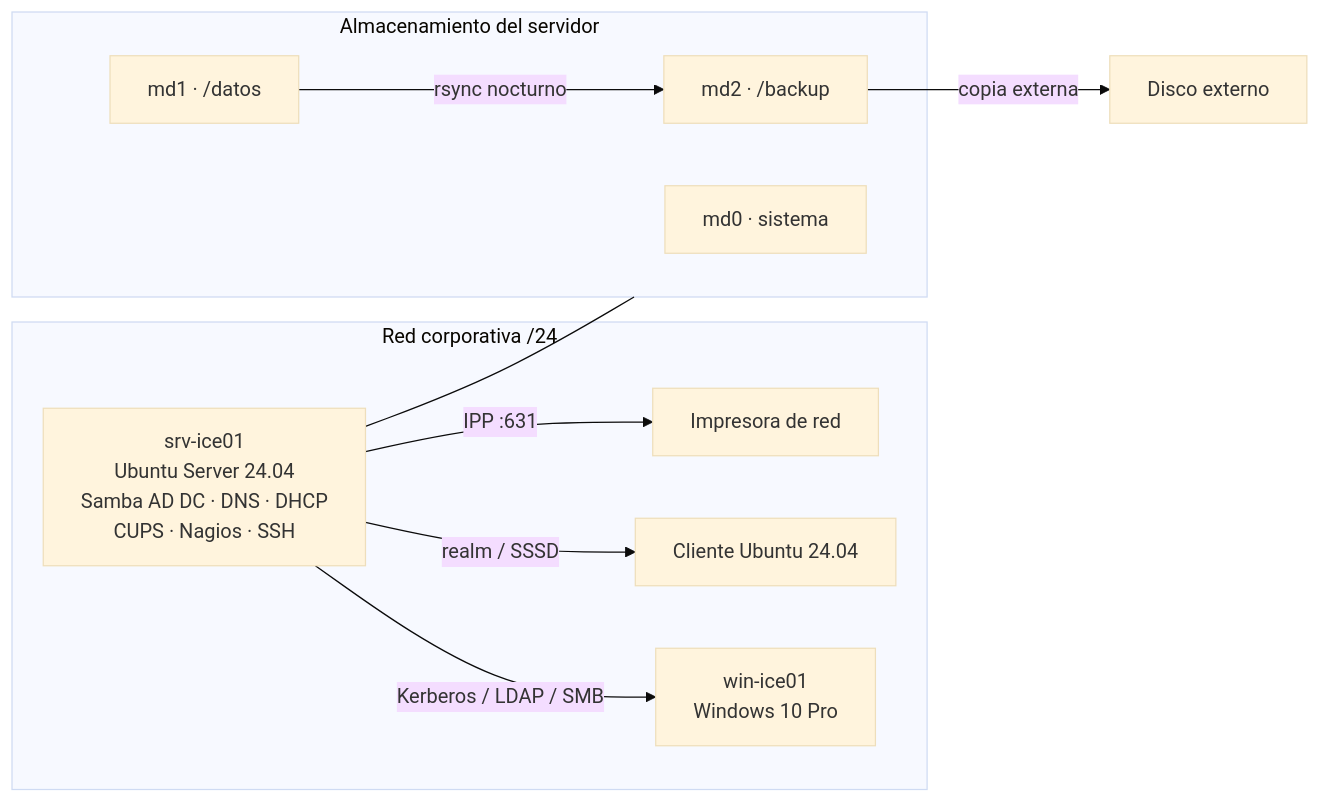
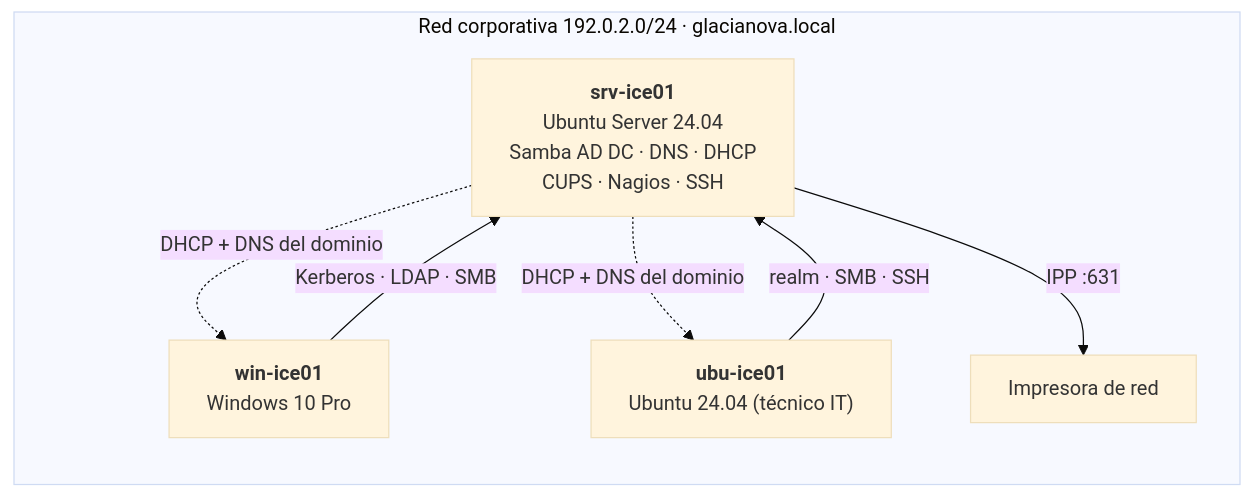
One commit to fabrizio2032-SVC/portfolio changed the first of 3 diagrams in glacianova-samba-ad/README.md. Above: the diagram before and after it, drawn with Mermaid (base theme). The commit also changed other lines of this file and 103 other files, not shown here.

````diff
--- a/glacianova-samba-ad/README.md
+++ b/glacianova-samba-ad/README.md
@@ -37,20 +38,13 @@
 ```mermaid
 flowchart LR
-    subgraph LAN["Red corporativa /24"]
-        SRV["srv-ice01<br/>Ubuntu Server 24.04<br/>Samba AD DC · DNS · DHCP<br/>CUPS · Nagios · SSH"]
-        WIN["win-ice01<br/>Windows 10 Pro"]
-        UBU["Cliente Ubuntu 24.04"]
+    subgraph LAN["Red corporativa 192.0.2.0/24 · glacianova.local"]
+        SRV["<b>srv-ice01</b><br/>Ubuntu Server 24.04<br/>Samba AD DC · DNS · DHCP<br/>CUPS · Nagios · SSH"]
+        WIN["<b>win-ice01</b><br/>Windows 10 Pro"]
+        UBU["<b>ubu-ice01</b><br/>Ubuntu 24.04 (técnico IT)"]
         IMP["Impresora de red"]
     end
-    SRV -- "Kerberos / LDAP / SMB" --> WIN
-    SRV -- "realm / SSSD" --> UBU
+    WIN -- "Kerberos · LDAP · SMB" --> SRV
+    UBU -- "realm · SMB · SSH" --> SRV
     SRV -- "IPP :631" --> IMP
-    subgraph DISCOS["Almacenamiento del servidor"]
-        MD0["md0 · sistema"]
-        MD1["md1 · /datos"]
-        MD2["md2 · /backup"]
-    end
-    SRV --- DISCOS
-    MD1 -- "rsync nocturno" --> MD2
-    MD2 -- "copia externa" --> USB["Disco externo"]
+    SRV -. "DHCP + DNS del dominio" .-> WIN & UBU
 ```
````
